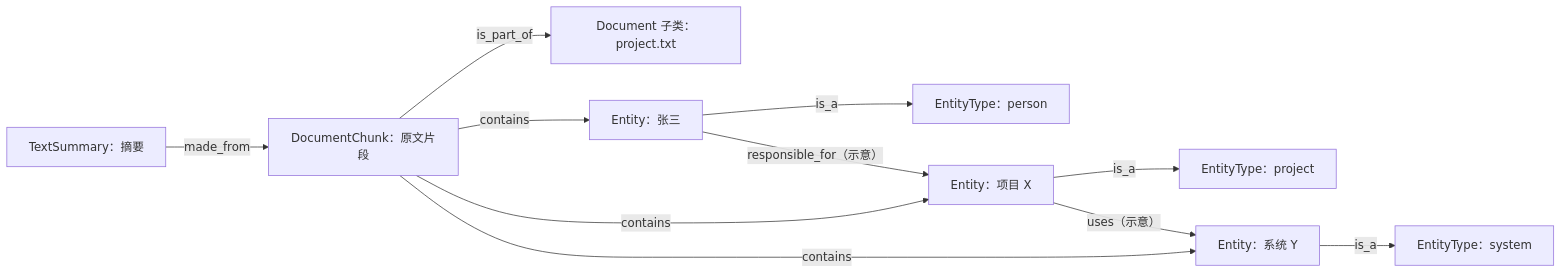
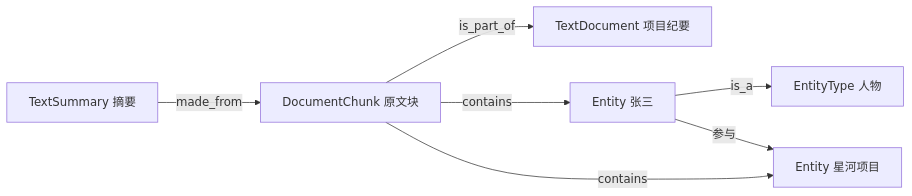
Before and after one commit to stefanv5/memory-platform-architecture: the first of 7 diagrams in docs/cognee/graph-storage-postgres-analysis.md, drawn with Mermaid. The commit also changed other lines of this file and 8 other files, not shown here.

Commit message:
docs(cognee): consolidate graph backend analysis and tenant risks

````diff
--- a/docs/cognee/graph-storage-postgres-analysis.md
+++ b/docs/cognee/graph-storage-postgres-analysis.md
@@ -38,13 +39,9 @@
 ```mermaid
 flowchart LR
-  S["TextSummary：摘要"] -->|made_from| C["DocumentChunk：原文片段"]
-  C -->|is_part_of| D["Document 子类：project.txt"]
-  C -->|contains| A["Entity：张三"]
-  C -->|contains| P["Entity：项目 X"]
-  C -->|contains| Y["Entity：系统 Y"]
-  A -->|is_a| T1["EntityType：person"]
-  P -->|is_a| T2["EntityType：project"]
-  Y -->|is_a| T3["EntityType：system"]
-  A -->|"responsible_for（示意）"| P
-  P -->|"uses（示意）"| Y
+  S[TextSummary 摘要] -->|made_from| C[DocumentChunk 原文块]
+  C -->|is_part_of| D[TextDocument 项目纪要]
+  C -->|contains| Z[Entity 张三]
+  C -->|contains| X[Entity 星河项目]
+  Z -->|is_a| T[EntityType 人物]
+  Z -->|参与| X
 ```
````
